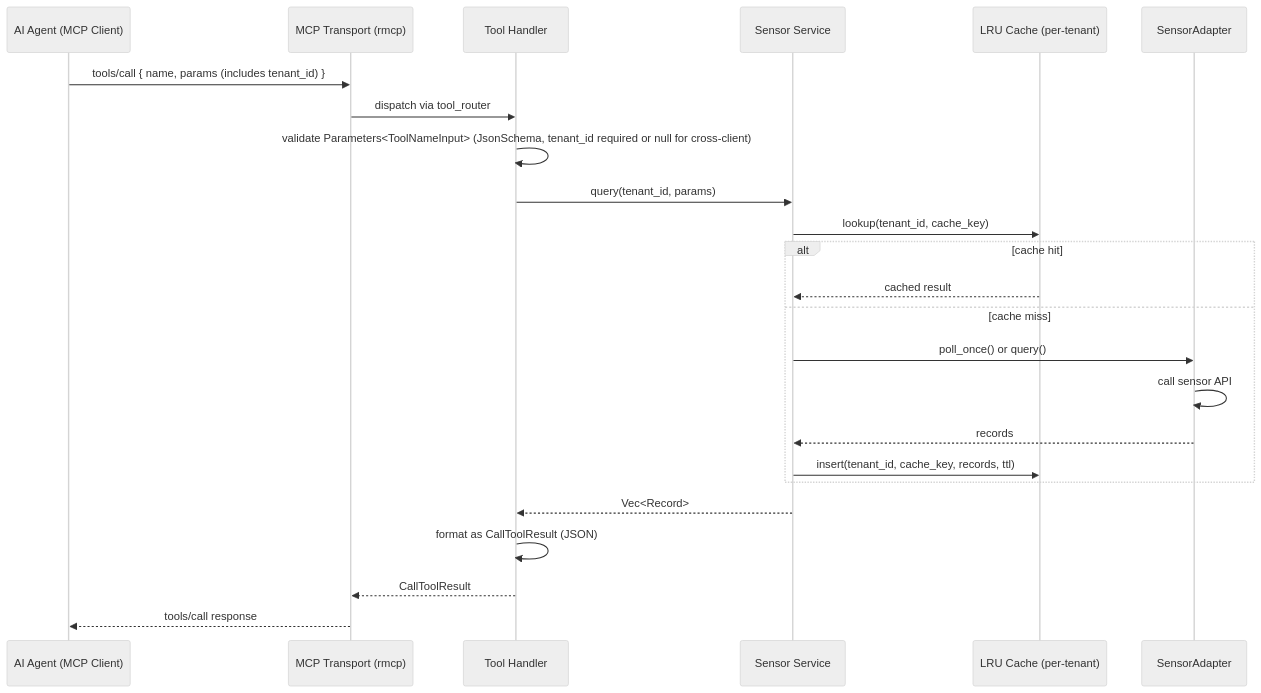
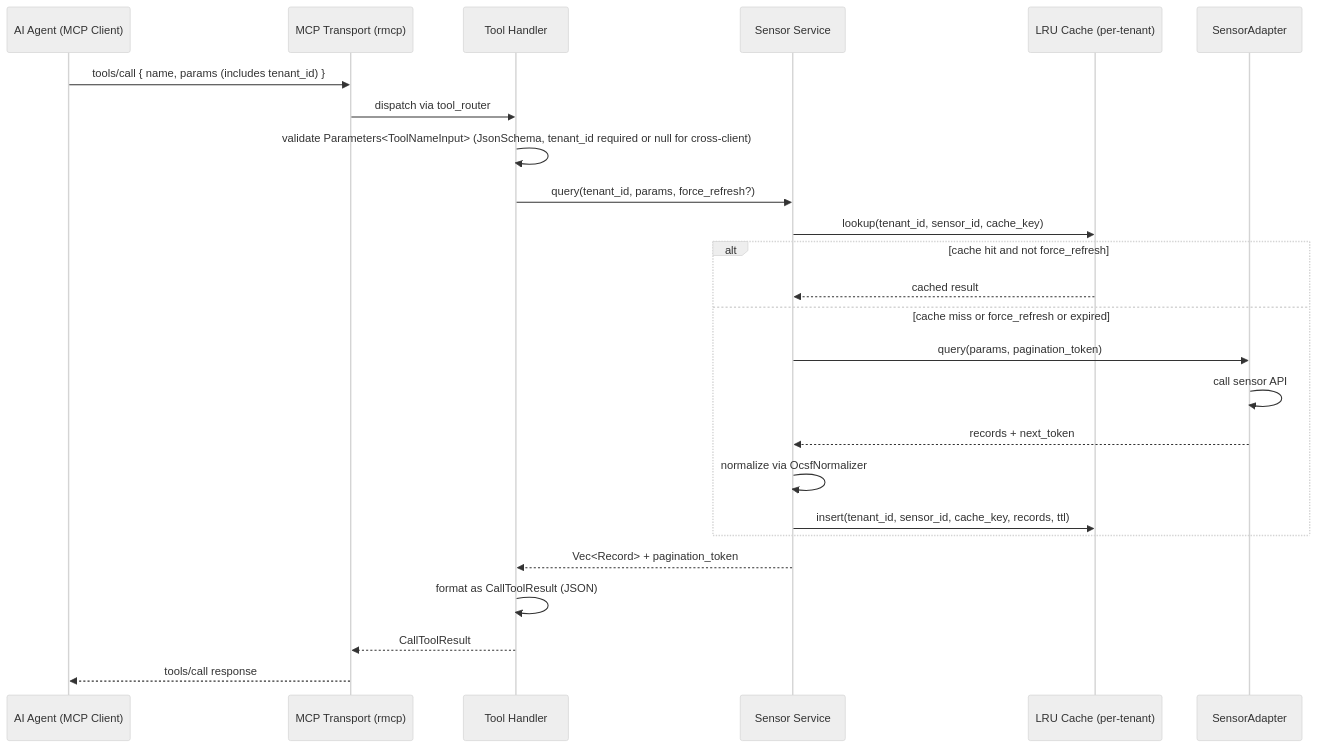
The third of 4 diagrams in phase-0-ingestion/recovered-architecture.md (drbothen/prism), drawn with Mermaid (neutral theme) before and after one commit. The commit also changed other lines of this file and 2 other files, not shown here.

````diff
--- a/phase-0-ingestion/recovered-architecture.md
+++ b/phase-0-ingestion/recovered-architecture.md
@@ -637,27 +589,28 @@
 ```mermaid
 sequenceDiagram
     participant AI as AI Agent (MCP Client)
     participant TRANSP as MCP Transport (rmcp)
     participant TOOL as Tool Handler
     participant SVC as Sensor Service
     participant CACHE as LRU Cache (per-tenant)
     participant ADAPTER as SensorAdapter
 
     AI->>TRANSP: tools/call { name, params (includes tenant_id) }
     TRANSP->>TOOL: dispatch via tool_router
     TOOL->>TOOL: validate Parameters<ToolNameInput> (JsonSchema, tenant_id required or null for cross-client)
-    TOOL->>SVC: query(tenant_id, params)
-    SVC->>CACHE: lookup(tenant_id, cache_key)
-    alt cache hit
+    TOOL->>SVC: query(tenant_id, params, force_refresh?)
+    SVC->>CACHE: lookup(tenant_id, sensor_id, cache_key)
+    alt cache hit and not force_refresh
         CACHE-->>SVC: cached result
-    else cache miss
-        SVC->>ADAPTER: poll_once() or query()
+    else cache miss or force_refresh or expired
+        SVC->>ADAPTER: query(params, pagination_token)
         ADAPTER->>ADAPTER: call sensor API
-        ADAPTER-->>SVC: records
-        SVC->>CACHE: insert(tenant_id, cache_key, records, ttl)
+        ADAPTER-->>SVC: records + next_token
+        SVC->>SVC: normalize via OcsfNormalizer
+        SVC->>CACHE: insert(tenant_id, sensor_id, cache_key, records, ttl)
     end
-    SVC-->>TOOL: Vec<Record>
+    SVC-->>TOOL: Vec<Record> + pagination_token
     TOOL->>TOOL: format as CallToolResult (JSON)
     TOOL-->>TRANSP: CallToolResult
     TRANSP-->>AI: tools/call response
 ```
````
